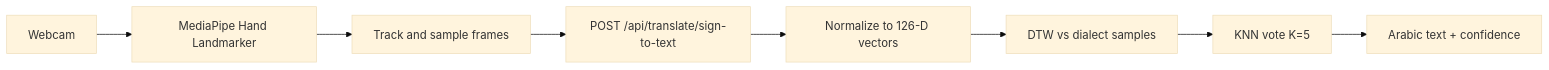
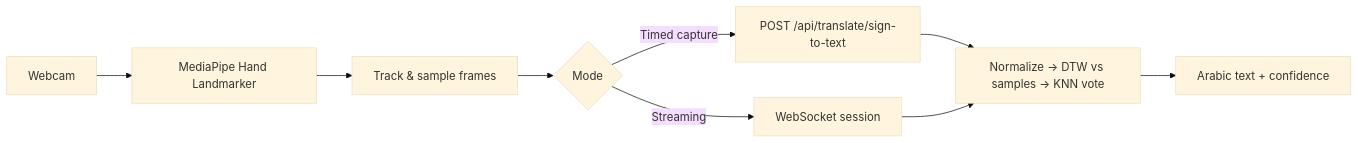
Before and after one commit to mnoNoor/Ishara: the diagram in README.md, drawn with Mermaid (base theme). The commit also changed other lines of this file and 20 other files, not shown here.

````diff
--- a/README.md
+++ b/README.md
@@ -19,10 +18,11 @@
 ```mermaid
 flowchart LR
   A[Webcam] --> B[MediaPipe Hand Landmarker]
-  B --> C[Track and sample frames]
-  C --> D["POST /api/translate/sign-to-text"]
-  D --> E[Normalize to 126-D vectors]
-  E --> F[DTW vs dialect samples]
-  F --> G[KNN vote K=5]
+  B --> C[Track & sample frames]
+  C --> D{Mode}
+  D -->|Timed capture| E["POST /api/translate/sign-to-text"]
+  D -->|Streaming| F[WebSocket session]
+  E --> G[Normalize -> DTW vs samples -> KNN vote]
+  F --> G
   G --> H[Arabic text + confidence]
 ```
````
